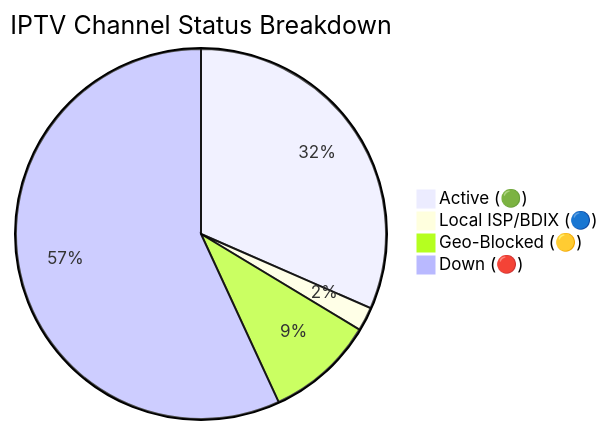
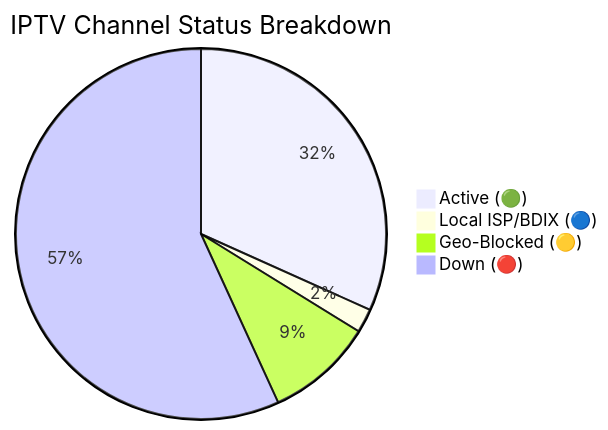
One commit to andreataylord/Ip-tv-Collection changed the diagram in README.md. Above: the diagram before and after it, drawn with Mermaid. The commit also changed other lines of this file and 1 other file, not shown here.

Commit message:
docs(readme): auto-update daily channel status chart

````diff
--- a/README.md
+++ b/README.md
@@ -59,7 +59,7 @@
 ```mermaid
 pie title IPTV Channel Status Breakdown
-    "Active (🟢)" : 2343
+    "Active (🟢)" : 2355
     "Local ISP/BDIX (🔵)" : 155
-    "Geo-Blocked (🟡)" : 703
-    "Down (🔴)" : 4224
+    "Geo-Blocked (🟡)" : 695
+    "Down (🔴)" : 4220
 ```
````
